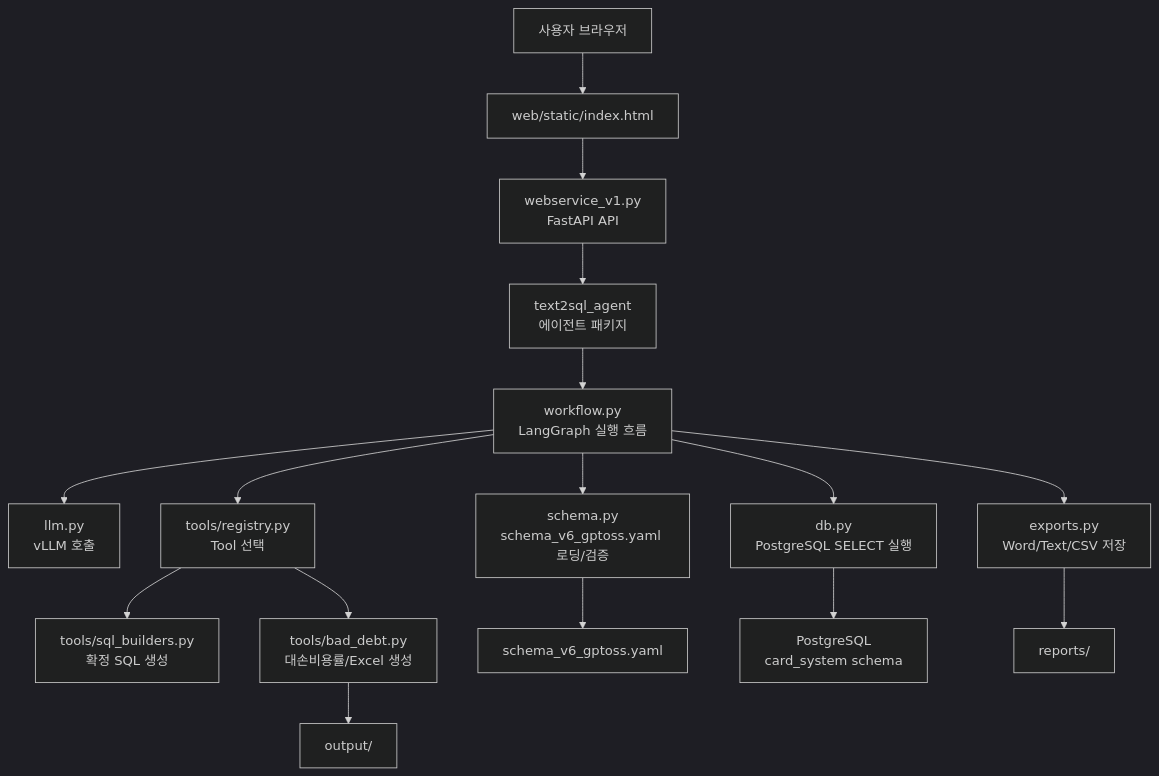
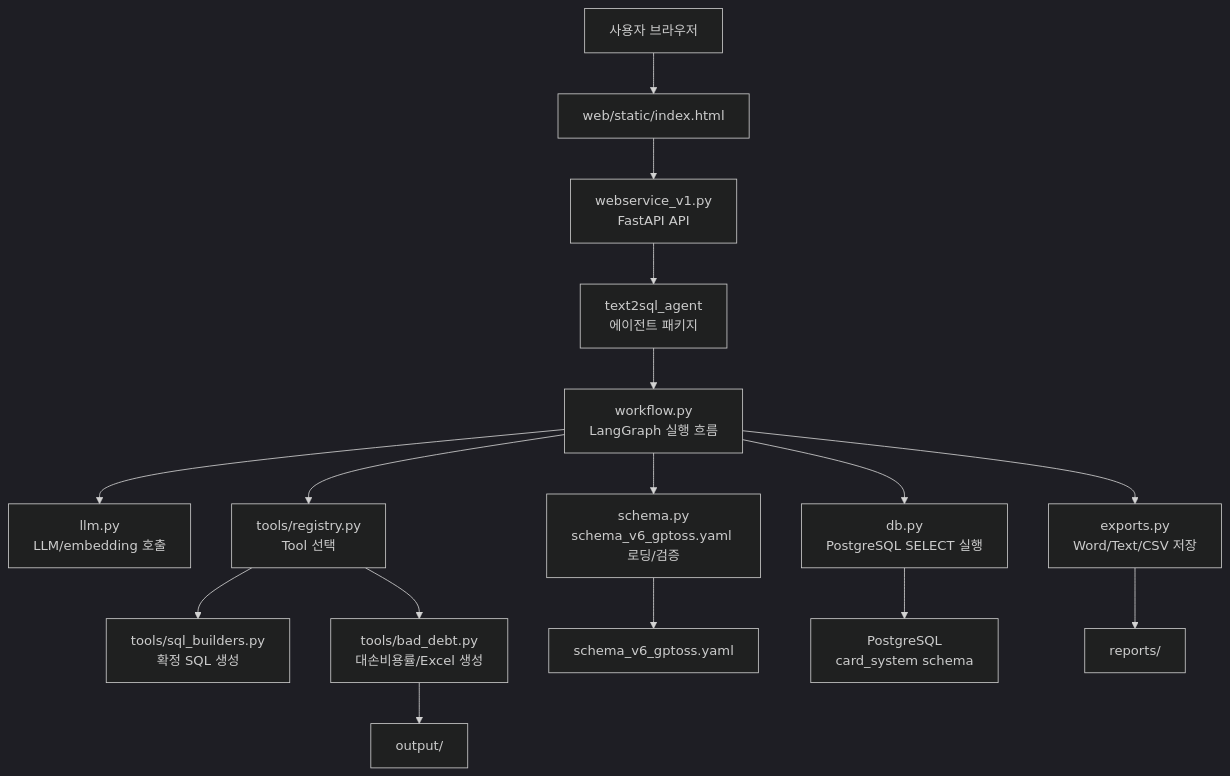
The diagram in README.md (sminsu/corporate_sales), drawn with Mermaid (dark theme) before and after one commit. The commit also changed other lines of this file and 4 other files, not shown here.

````diff
--- a/README.md
+++ b/README.md
@@ -13,20 +13,20 @@
 ```mermaid
 flowchart TD
     U["사용자 브라우저"] --> UI["web/static/index.html"]
     UI --> API["webservice_v1.py<br/>FastAPI API"]
     API --> AGENT["text2sql_agent<br/>에이전트 패키지"]
     AGENT --> WF["workflow.py<br/>LangGraph 실행 흐름"]
 
-    WF --> LLM["llm.py<br/>vLLM 호출"]
+    WF --> LLM["llm.py<br/>LLM/embedding 호출"]
     WF --> SCHEMA["schema.py<br/>schema_v6_gptoss.yaml 로딩/검증"]
     WF --> TOOLS["tools/registry.py<br/>Tool 선택"]
     TOOLS --> SQLB["tools/sql_builders.py<br/>확정 SQL 생성"]
     TOOLS --> BAD["tools/bad_debt.py<br/>대손비용률/Excel 생성"]
     WF --> DB["db.py<br/>PostgreSQL SELECT 실행"]
     WF --> EXPORT["exports.py<br/>Word/Text/CSV 저장"]
 
     SCHEMA --> YAML["schema_v6_gptoss.yaml"]
     DB --> PG["PostgreSQL<br/>card_system schema"]
     BAD --> OUT["output/"]
     EXPORT --> REPORTS["reports/"]
 ```
````
